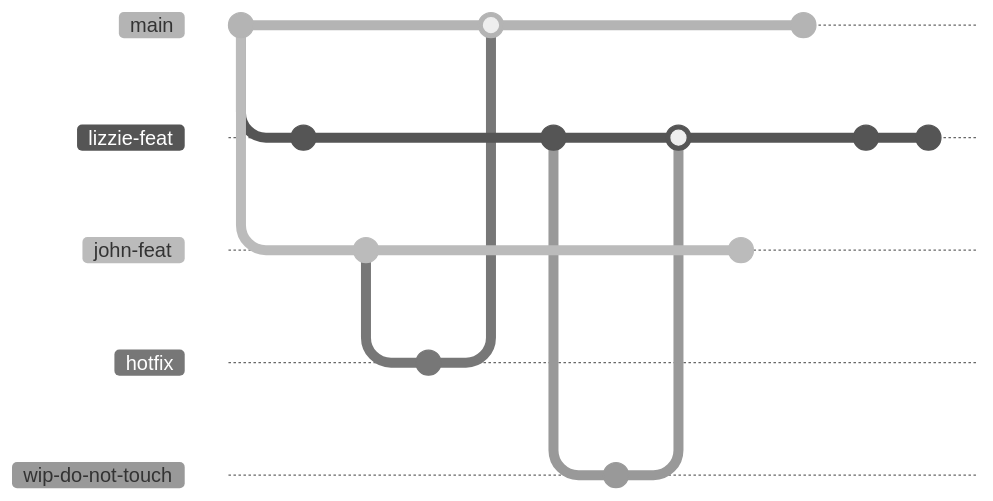
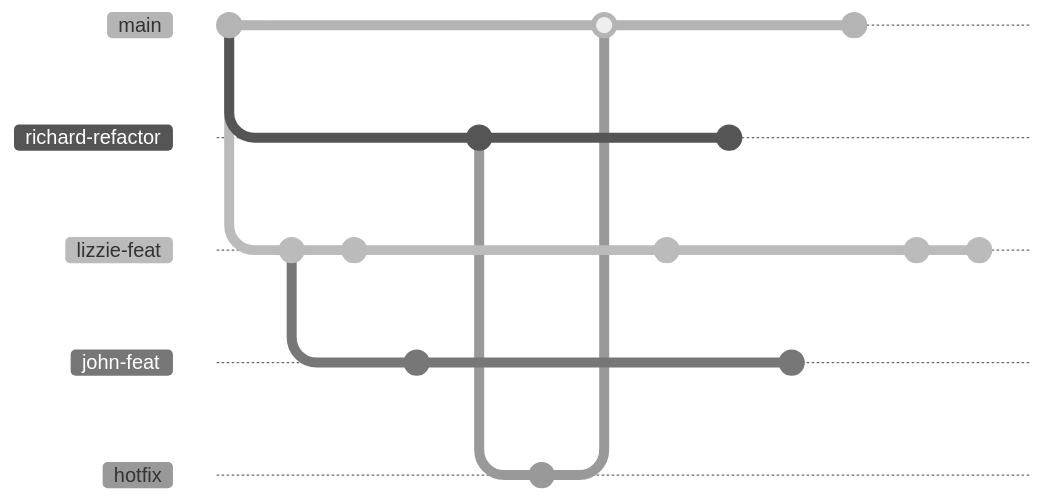
One commit to lizsalmon/iCSC-Git-talk changed the second of 5 diagrams in slides.md. Above: the diagram before and after it, drawn with Mermaid (neutral theme). The commit also changed other lines of this file and 2 other files, not shown here. Commit ids are hidden.

````diff
--- a/slides.md
+++ b/slides.md
@@ -79,29 +79,32 @@
 ```mermaid
 gitGraph
   commit
+  branch richard-refactor
   branch lizzie-feat
+  checkout lizzie-feat
+  commit
   branch john-feat
   checkout lizzie-feat
   commit
   checkout john-feat
+  commit
+  checkout richard-refactor
   commit
   branch hotfix
   checkout hotfix
   commit
   checkout main
   merge hotfix
   checkout lizzie-feat
   commit
-  branch wip-do-not-touch
-  checkout wip-do-not-touch
+  checkout richard-refactor
   commit
   checkout lizzie-feat
-  merge wip-do-not-touch
   checkout john-feat
   commit
   checkout main
   commit
   checkout lizzie-feat
   commit
   commit 
 ```
````
